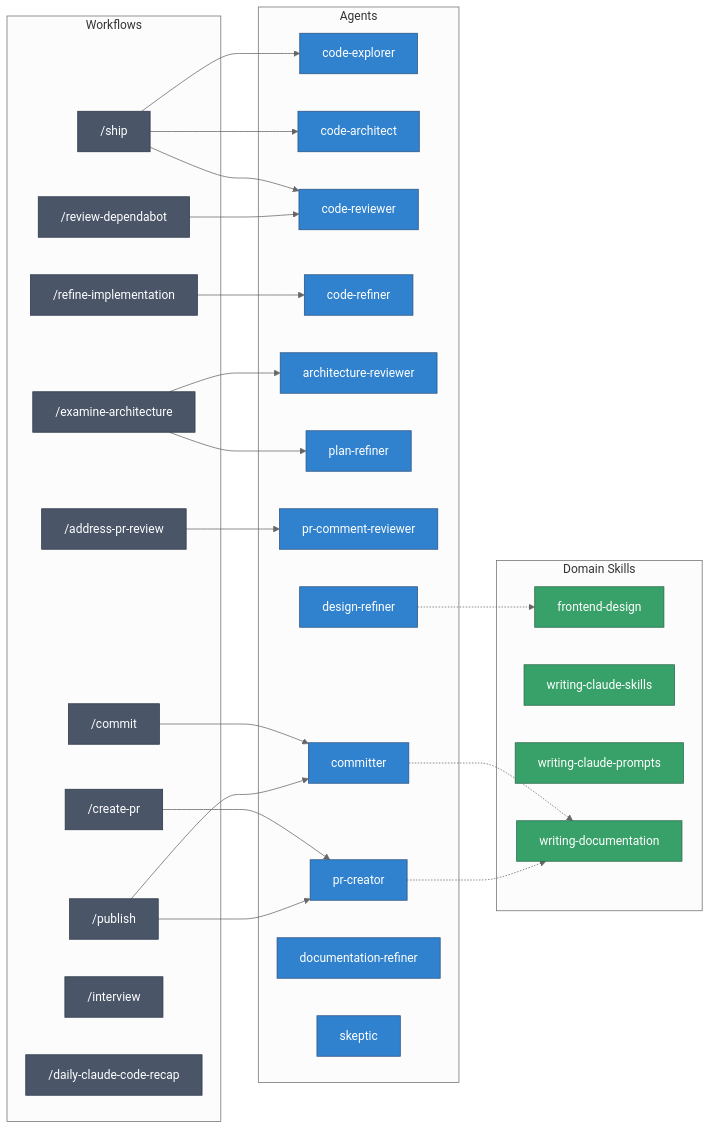
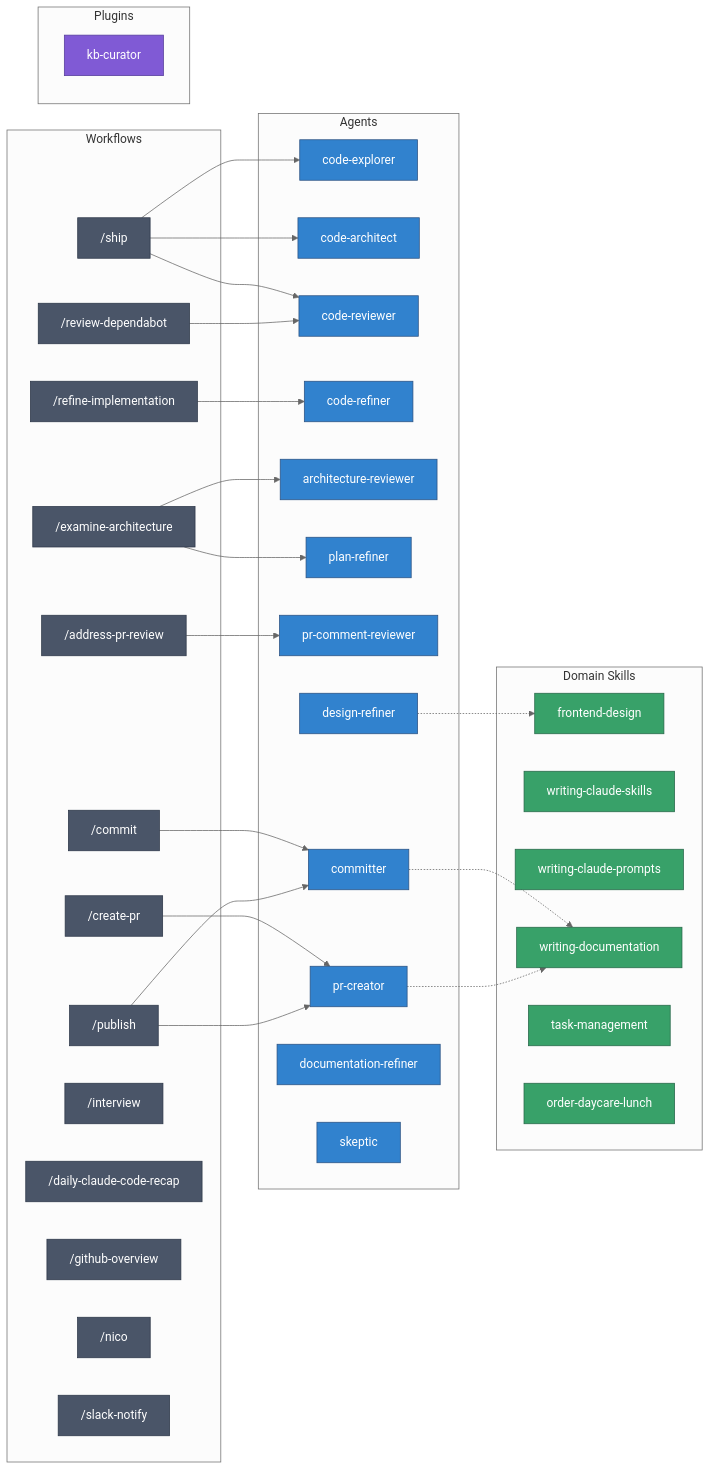
One commit to abhijit-s/ai changed the diagram in README.md. Above: the diagram before and after it, drawn with Mermaid (neutral theme). The commit also changed other lines of this file and 6 other files, not shown here.

Commit message:
chore(ai): Global instruction to use fff-mcp and updated kb-curator

````diff
--- a/README.md
+++ b/README.md
@@ -54,58 +59,69 @@
 ```mermaid
 flowchart LR
     subgraph Workflows
         cm["/commit"]
         cpr["/create-pr"]
         fd["/ship"]
         ri["/refine-implementation"]
         ea["/examine-architecture"]
         apr["/address-pr-review"]
         rd["/review-dependabot"]
         pub["/publish"]
         int["/interview"]
         dcr["/daily-claude-code-recap"]
+        go["/github-overview"]
+        nico["/nico"]
+        sn["/slack-notify"]
     end
 
     subgraph Agents
         ce["code-explorer"]
         ca["code-architect"]
         cr["code-reviewer"]
         cf["code-refiner"]
         ar["architecture-reviewer"]
         pr["plan-refiner"]
         pcr["pr-comment-reviewer"]
         com["committer"]
         prc["pr-creator"]
         dr["design-refiner"]
         docr["documentation-refiner"]
         sk["skeptic"]
     end
 
     subgraph Domain Skills
         fdd["frontend-design"]
         wcs["writing-claude-skills"]
         wcp["writing-claude-prompts"]
         wdoc["writing-documentation"]
+        tm["task-management"]
+        odl["order-daycare-lunch"]
+    end
+
+    subgraph Plugins
+        kbc["kb-curator"]
     end
 
     cm --> com
     cpr --> prc
     fd --> ce & ca & cr
     ri --> cf
     ea --> ar & pr
     apr --> pcr
     rd --> cr
     pub --> com & prc
 
     com -.-> wdoc
     prc -.-> wdoc
     dr -.-> fdd
 
     classDef workflow fill:#4a5568,stroke:#2d3748,color:#fff
     classDef agent fill:#3182ce,stroke:#2c5282,color:#fff
     classDef skill fill:#38a169,stroke:#276749,color:#fff
+    classDef plugin fill:#805ad5,stroke:#553c9a,color:#fff
 
-    class cm,cpr,fd,ri,ea,apr,rd,pub,int,dcr workflow
+    class cm,cpr,fd,ri,ea,apr,rd,pub,int,dcr,go,nico,sn workflow
     class ce,ca,cr,cf,ar,pr,pcr,com,prc,dr,docr,sk agent
-    class fdd,wcs,wcp,wdoc skill
+    class fdd,wcs,wcp,wdoc,tm,odl skill
+    class kbc plugin
 ```
````
